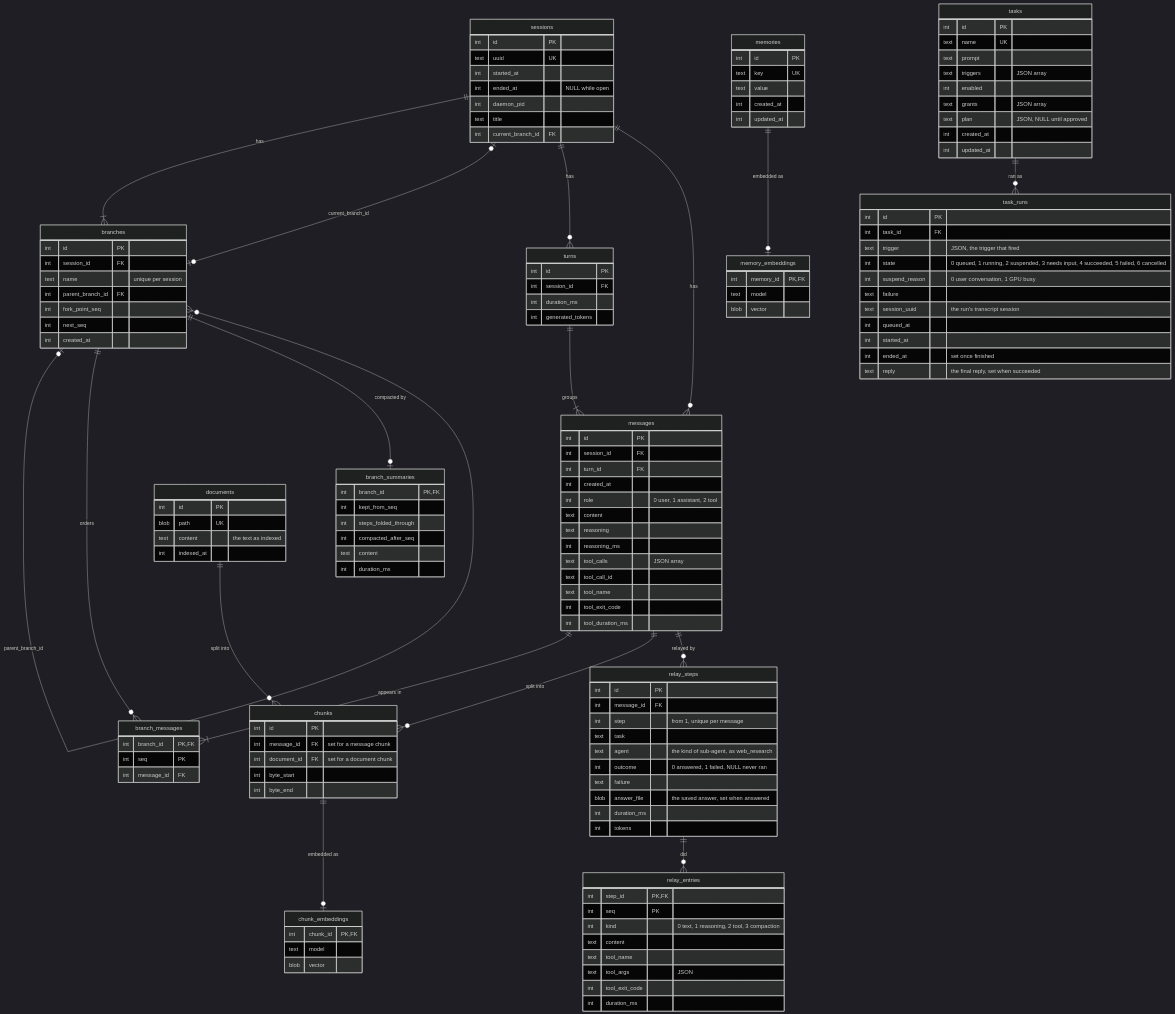
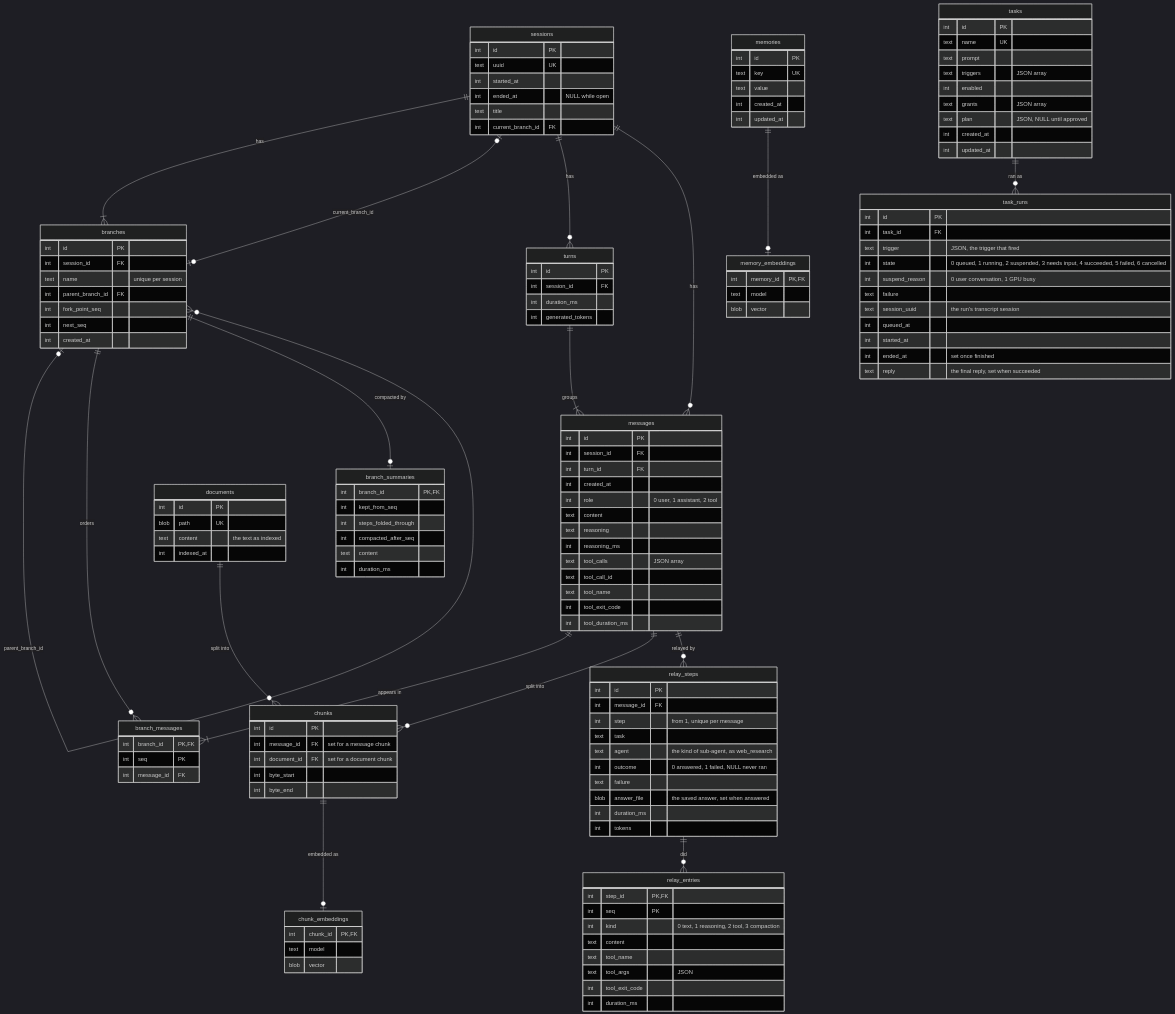
The diagram in docs/database.md (gnolruf/assistd), drawn with Mermaid (dark theme) before and after one commit. The commit also changed other lines of this file and 13 other files, not shown here.

First line of the commit message:
Resume the latest unended session without checking the old daemon's PID (#741)

```diff
--- a/docs/database.md
+++ b/docs/database.md
@@ -32,7 +32,6 @@
         text uuid UK
         int started_at
         int ended_at "NULL while open"
-        int daemon_pid
         text title
         int current_branch_id FK
     }
```
